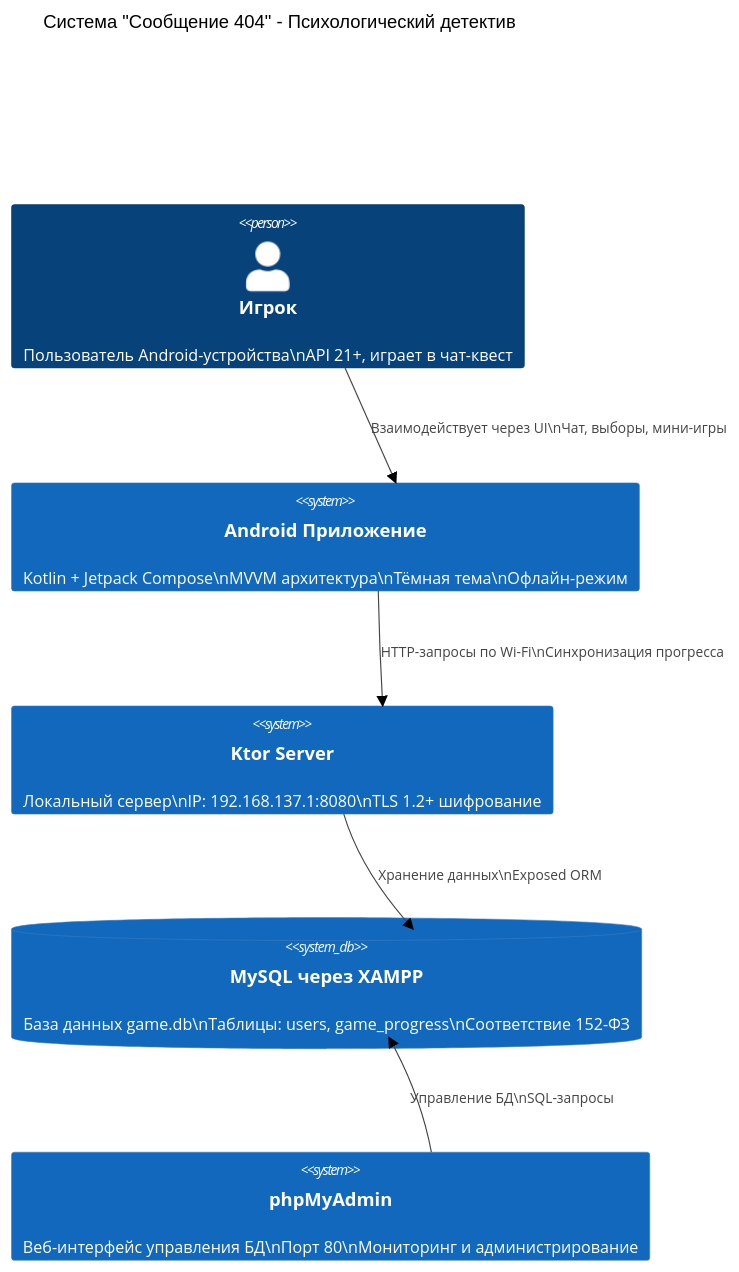
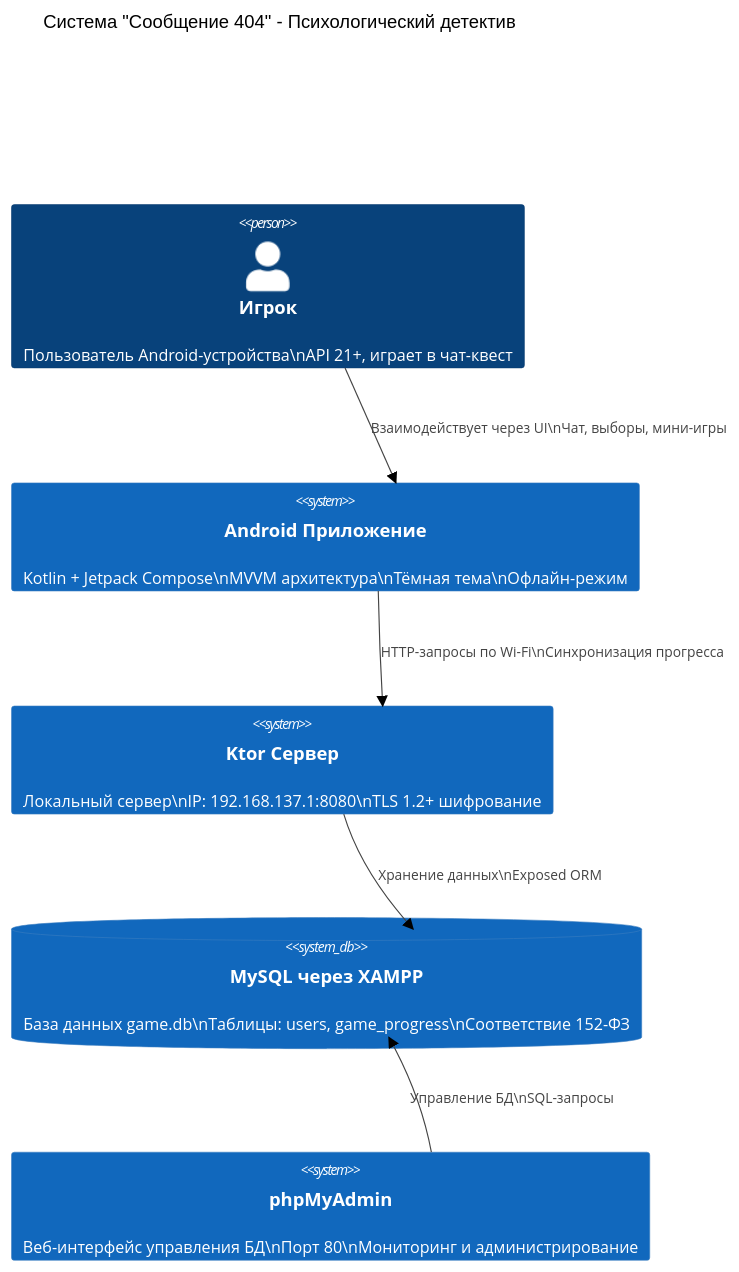
Before and after one commit to Angel-Energy/diplom-: the first of 34 diagrams in ALL_DIAGRAMS.md, drawn with Mermaid (neutral theme). The commit also changed other lines of this file and 7 other files, not shown here.

Commit message:
feat(diagrams): Fix diagram styles and update statistics

````diff
--- a/ALL_DIAGRAMS.md
+++ b/ALL_DIAGRAMS.md
@@ -11,13 +11,13 @@
 ```mermaid
 C4Context
     title Система "Сообщение 404" - Психологический детектив
-    Person(player, "Игрок", "Пользователь Android-устройства\nAPI 21+, играет в чат-квест")
-    System(androidApp, "Android Приложение", "Kotlin + Jetpack Compose\nMVVM архитектура\nТёмная тема\nОфлайн-режим")
-    System(server, "Ktor Server", "Локальный сервер\nIP: 192.168.137.1:8080\nTLS 1.2+ шифрование")
-    SystemDb(db, "MySQL через XAMPP", "База данных game.db\nТаблицы: users, game_progress\nСоответствие 152-ФЗ")
-    System(phpMyAdmin, "phpMyAdmin", "Веб-интерфейс управления БД\nПорт 80\nМониторинг и администрирование")
-    Rel(player, androidApp, "Взаимодействует через UI\nЧат, выборы, мини-игры")
-    Rel(androidApp, server, "HTTP-запросы по Wi-Fi\nСинхронизация прогресса")
-    Rel(server, db, "Хранение данных\nExposed ORM")
-    Rel(phpMyAdmin, db, "Управление БД\nSQL-запросы")
+    Person(игрок, "Игрок", "Пользователь Android-устройства\nAPI 21+, играет в чат-квест")
+    System(androidПриложение, "Android Приложение", "Kotlin + Jetpack Compose\nMVVM архитектура\nТёмная тема\nОфлайн-режим")
+    System(сервер, "Ktor Сервер", "Локальный сервер\nIP: 192.168.137.1:8080\nTLS 1.2+ шифрование")
+    SystemDb(базаДанных, "MySQL через XAMPP", "База данных game.db\nТаблицы: users, game_progress\nСоответствие 152-ФЗ")
+    System(админПанель, "phpMyAdmin", "Веб-интерфейс управления БД\nПорт 80\nМониторинг и администрирование")
+    Rel(игрок, androidПриложение, "Взаимодействует через UI\nЧат, выборы, мини-игры")
+    Rel(androidПриложение, сервер, "HTTP-запросы по Wi-Fi\nСинхронизация прогресса")
+    Rel(сервер, базаДанных, "Хранение данных\nExposed ORM")
+    Rel(админПанель, базаДанных, "Управление БД\nSQL-запросы")
 ```
````
